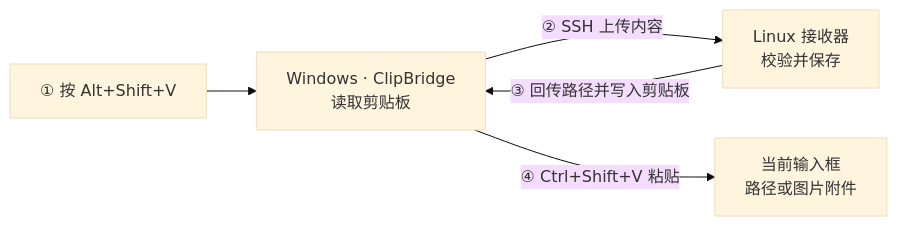
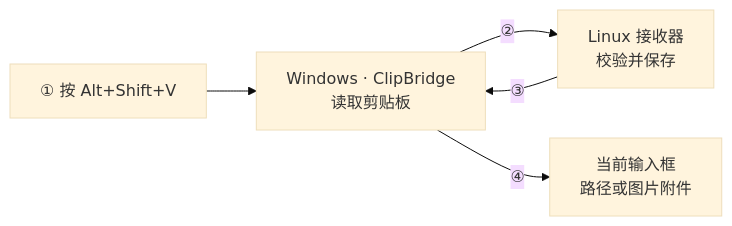
Before and after one commit to NewbieToEverything/clip-win-linux: the second of 2 diagrams in README.zh.md, drawn with Mermaid (base theme). The commit also changed other lines of this file and 1 other file, not shown here.

Commit message:
Keep flowchart edge labels clear of nodes

````diff
--- a/README.zh.md
+++ b/README.zh.md
@@ -26,7 +26,7 @@
 ```mermaid
 flowchart LR
     H["① 按 Alt+Shift+V"] --> W["Windows · ClipBridge<br/>读取剪贴板"]
-    W -->|"② SSH 上传内容"| L["Linux 接收器<br/>校验并保存"]
-    L -->|"③ 回传路径并写入剪贴板"| W
-    W -->|"④ Ctrl+Shift+V 粘贴"| A["当前输入框<br/>路径或图片附件"]
+    W -->|"②"| L["Linux 接收器<br/>校验并保存"]
+    L -->|"③"| W
+    W -->|"④"| A["当前输入框<br/>路径或图片附件"]
 ```
````
